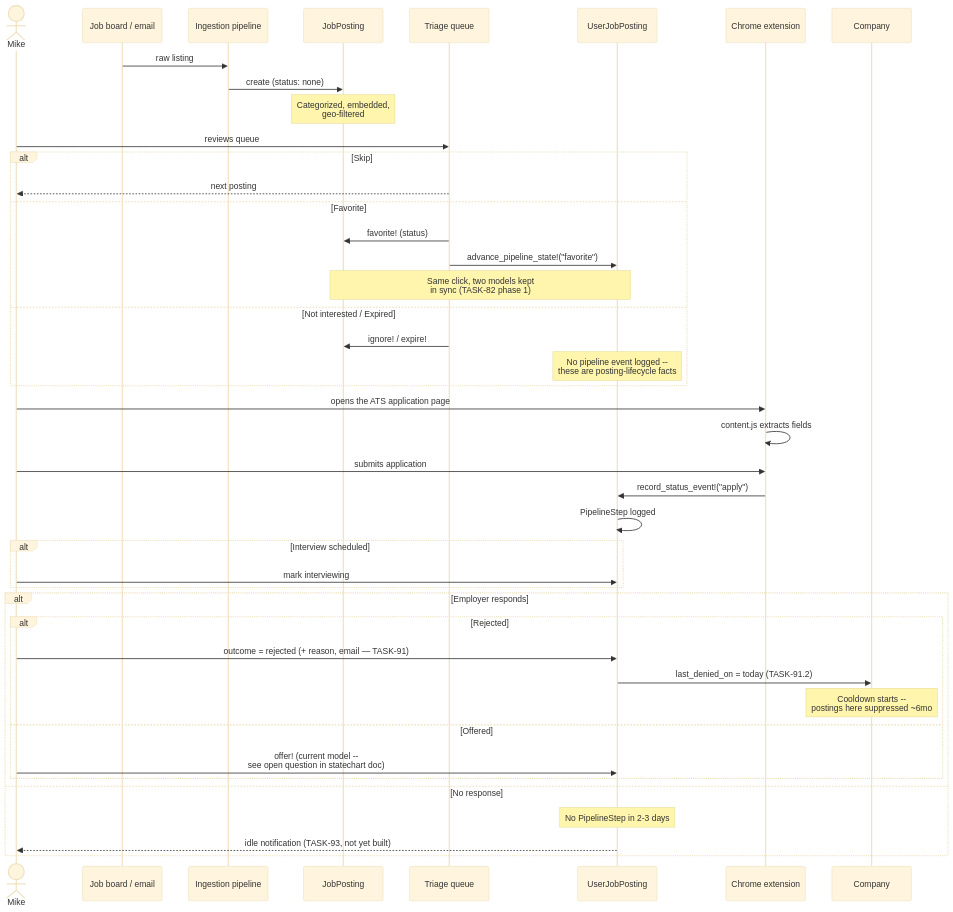
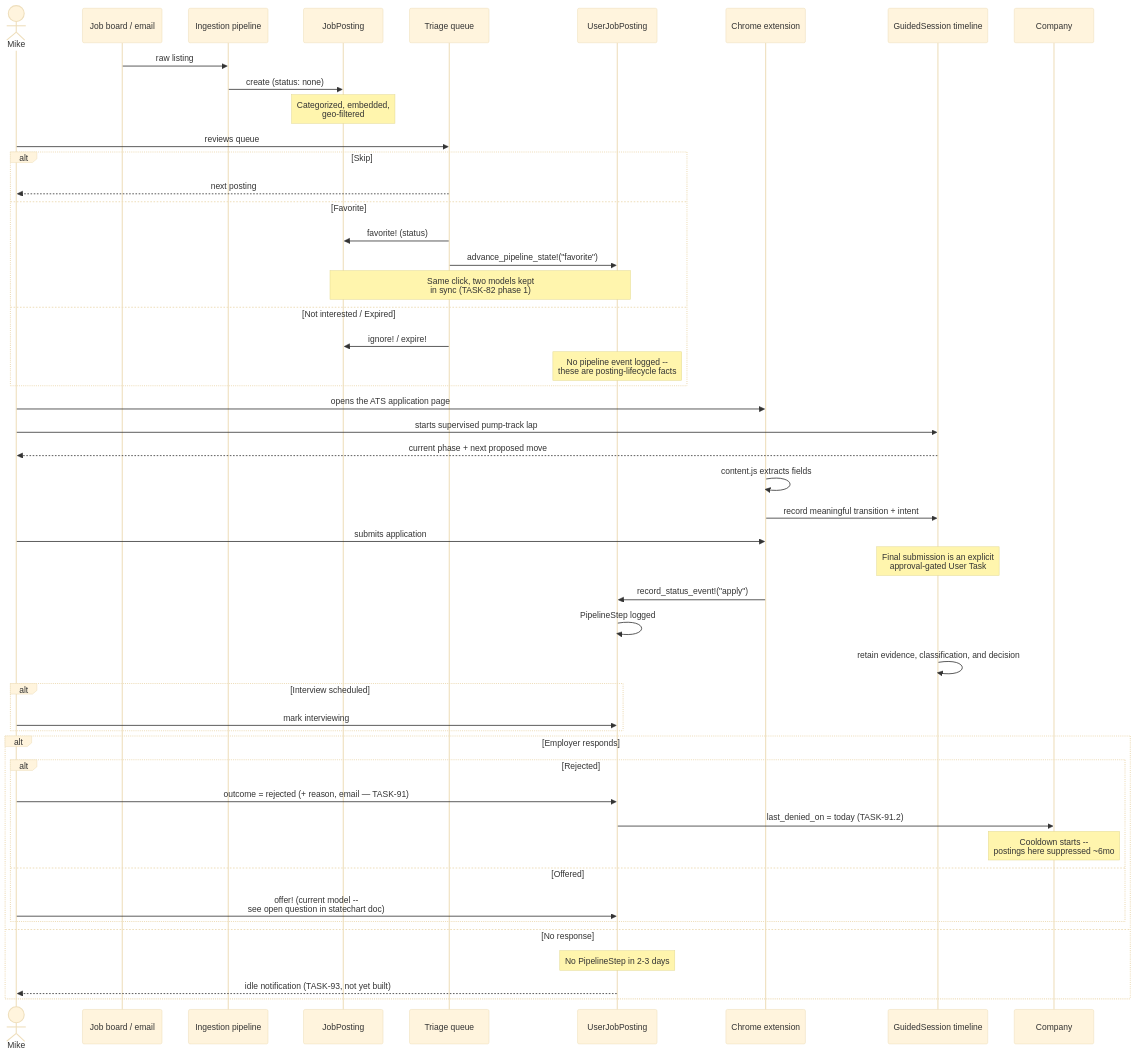
The diagram in docs/architecture/application-sequence.md (wwworkremote/core), drawn with Mermaid (base theme) before and after one commit. The commit also changed 8 other files, not shown here.

Commit message:
Docs: add guided session BPMN scheme

````diff
--- a/docs/architecture/application-sequence.md
+++ b/docs/architecture/application-sequence.md
@@ -6,50 +6,56 @@
 ```mermaid
 sequenceDiagram
     actor Mike
     participant Board as Job board / email
     participant Ingest as Ingestion pipeline
     participant JP as JobPosting
     participant Triage as Triage queue
     participant UJP as UserJobPosting
     participant Ext as Chrome extension
+    participant Session as GuidedSession timeline
     participant Comp as Company
 
     Board->>Ingest: raw listing
     Ingest->>JP: create (status: none)
     Note over JP: Categorized, embedded,<br/>geo-filtered
 
     Mike->>Triage: reviews queue
     alt Skip
         Triage-->>Mike: next posting
     else Favorite
         Triage->>JP: favorite! (status)
         Triage->>UJP: advance_pipeline_state!("favorite")
         Note over JP,UJP: Same click, two models kept<br/>in sync (TASK-82 phase 1)
     else Not interested / Expired
         Triage->>JP: ignore! / expire!
         Note over UJP: No pipeline event logged --<br/>these are posting-lifecycle facts
     end
 
     Mike->>Ext: opens the ATS application page
+    Mike->>Session: starts supervised pump-track lap
+    Session-->>Mike: current phase + next proposed move
     Ext->>Ext: content.js extracts fields
+    Ext->>Session: record meaningful transition + intent
     Mike->>Ext: submits application
+    Note over Session: Final submission is an explicit<br/>approval-gated User Task
     Ext->>UJP: record_status_event!("apply")
     UJP->>UJP: PipelineStep logged
+    Session->>Session: retain evidence, classification, and decision
 
     alt Interview scheduled
         Mike->>UJP: mark interviewing
     end
 
     alt Employer responds
         alt Rejected
             Mike->>UJP: outcome = rejected (+ reason, email — TASK-91)
             UJP->>Comp: last_denied_on = today (TASK-91.2)
             Note over Comp: Cooldown starts --<br/>postings here suppressed ~6mo
         else Offered
             Mike->>UJP: offer! (current model --<br/>see open question in statechart doc)
         end
     else No response
         Note over UJP: No PipelineStep in 2-3 days
         UJP-->>Mike: idle notification (TASK-93, not yet built)
     end
 ```
````
